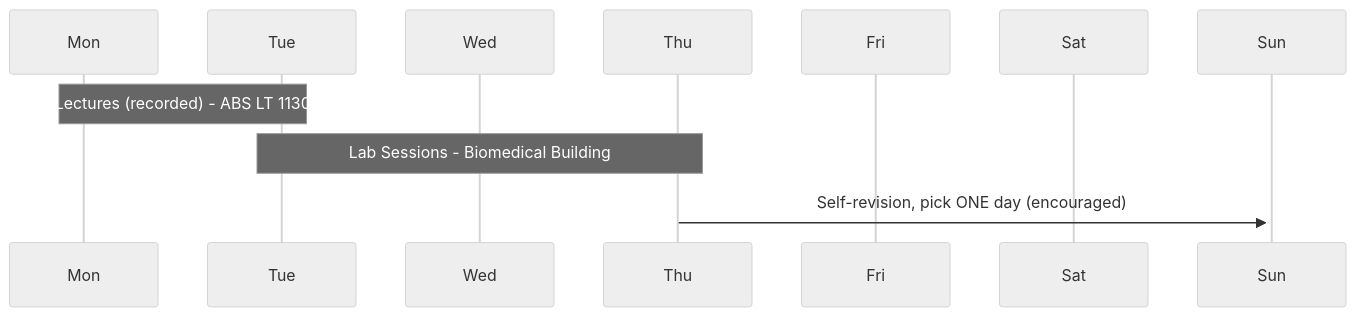
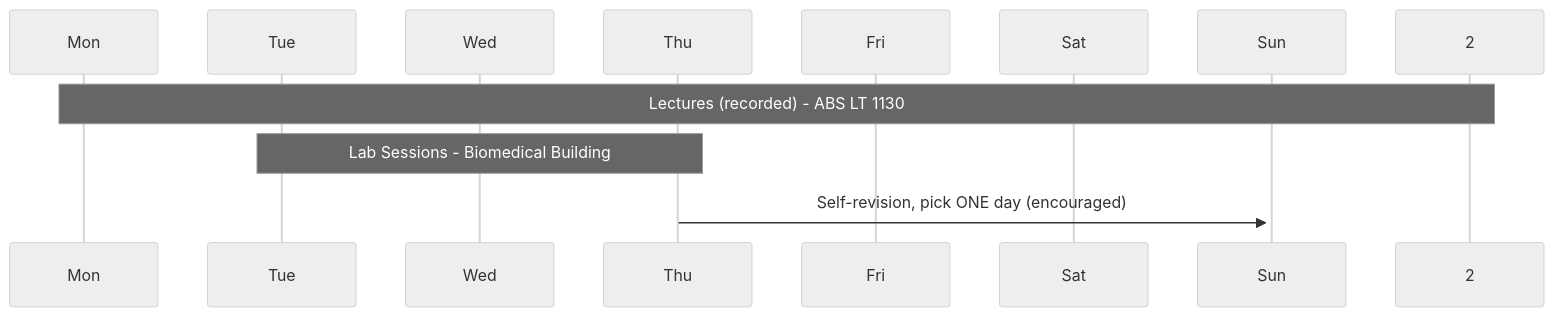
One commit to ENVX-resources/ENVX1002-lectures changed the diagram in lectures/L01/lecture-01a.qmd. Above: the diagram before and after it, drawn with Mermaid (neutral theme). The commit also changed other lines of this file and 16 other files, not shown here.

````diff
--- a/lectures/L01/lecture-01a.qmd
+++ b/lectures/L01/lecture-01a.qmd
@@ -106,15 +104,15 @@
 ```{mermaid}
 sequenceDiagram
   participant M as Mon
   participant T as Tue
   participant W as Wed
   participant Th as Thu
   participant F as Fri
   participant S as Sat
   participant Su as Sun
 
-  Note over M,T: Lectures (recorded) - ABS LT 1130
+  Note over M,2: Lectures (recorded) - ABS LT 1130
   Note over T,Th: Lab Sessions - Biomedical Building
   Th->>+Su: Self-revision, pick ONE day (encouraged)
 
 ```
````
